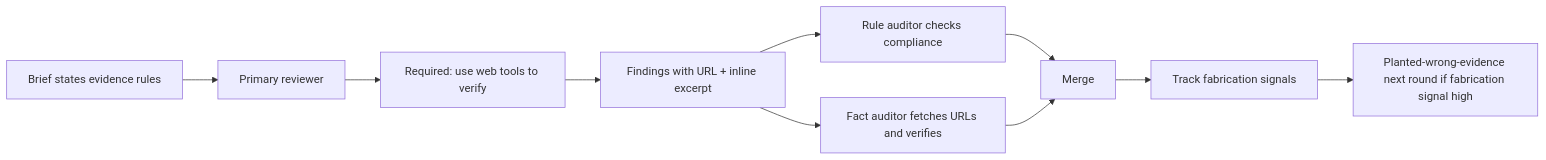
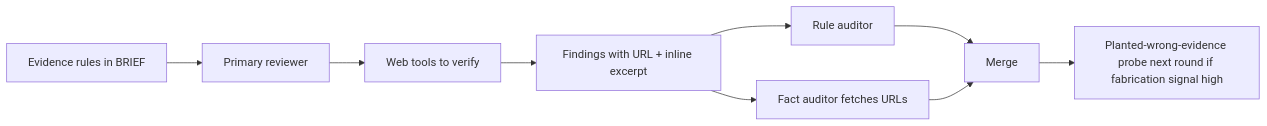
The diagram in procedure/fact-discipline.md (1qh/lens), drawn with Mermaid before and after one commit. The commit also changed other lines of this file and 14 other files, not shown here.

````diff
--- a/procedure/fact-discipline.md
+++ b/procedure/fact-discipline.md
@@ -5,12 +5,11 @@
 ```mermaid
 flowchart LR
-    Brief[Brief states evidence rules] --> Primary
-    Primary[Primary reviewer] --> Tools[Required: use web tools to verify]
+    Brief[Evidence rules in BRIEF] --> Primary
+    Primary[Primary reviewer] --> Tools[Web tools to verify]
     Tools --> Report[Findings with URL + inline excerpt]
-    Report --> A1[Rule auditor checks compliance]
-    Report --> A2[Fact auditor fetches URLs and verifies]
+    Report --> A1[Rule auditor]
+    Report --> A2[Fact auditor fetches URLs]
     A1 --> Merge
     A2 --> Merge
-    Merge --> Recurrence[Track fabrication signals]
-    Recurrence --> Calibration[Planted-wrong-evidence next round if fabrication signal high]
+    Merge --> Calibration[Planted-wrong-evidence probe next round if fabrication signal high]
 ```
````
